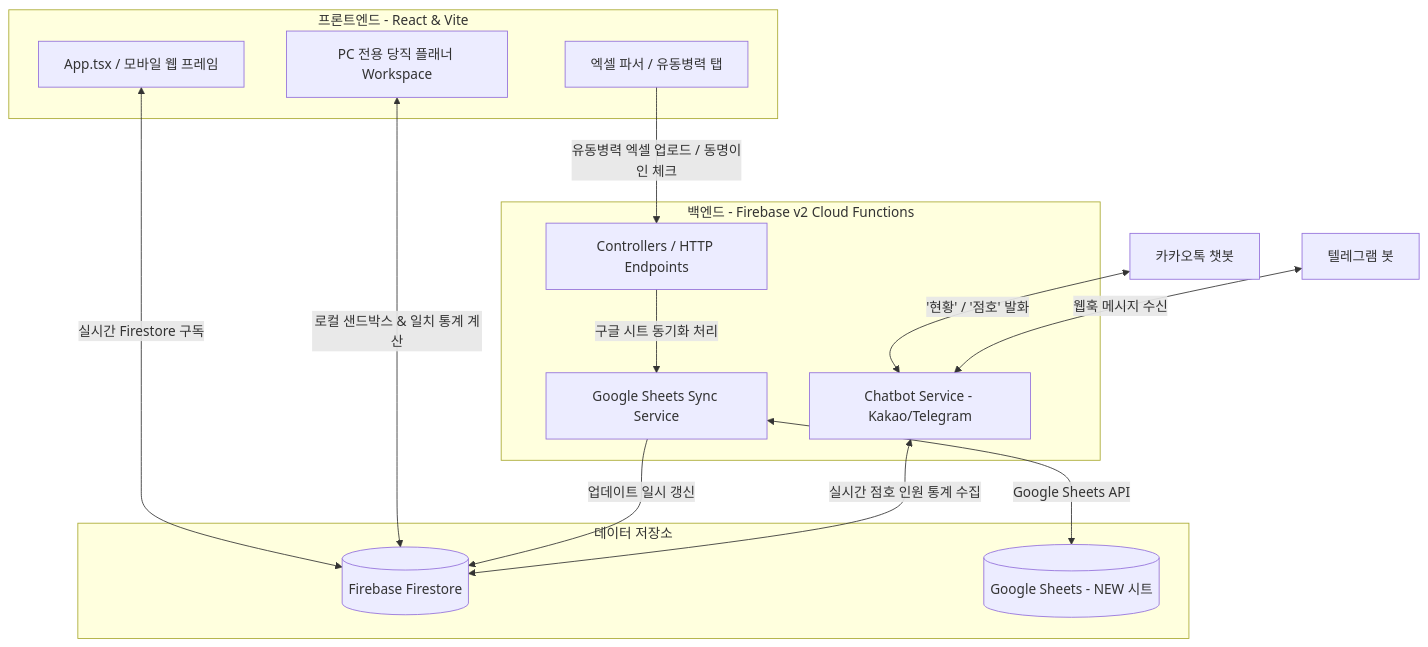
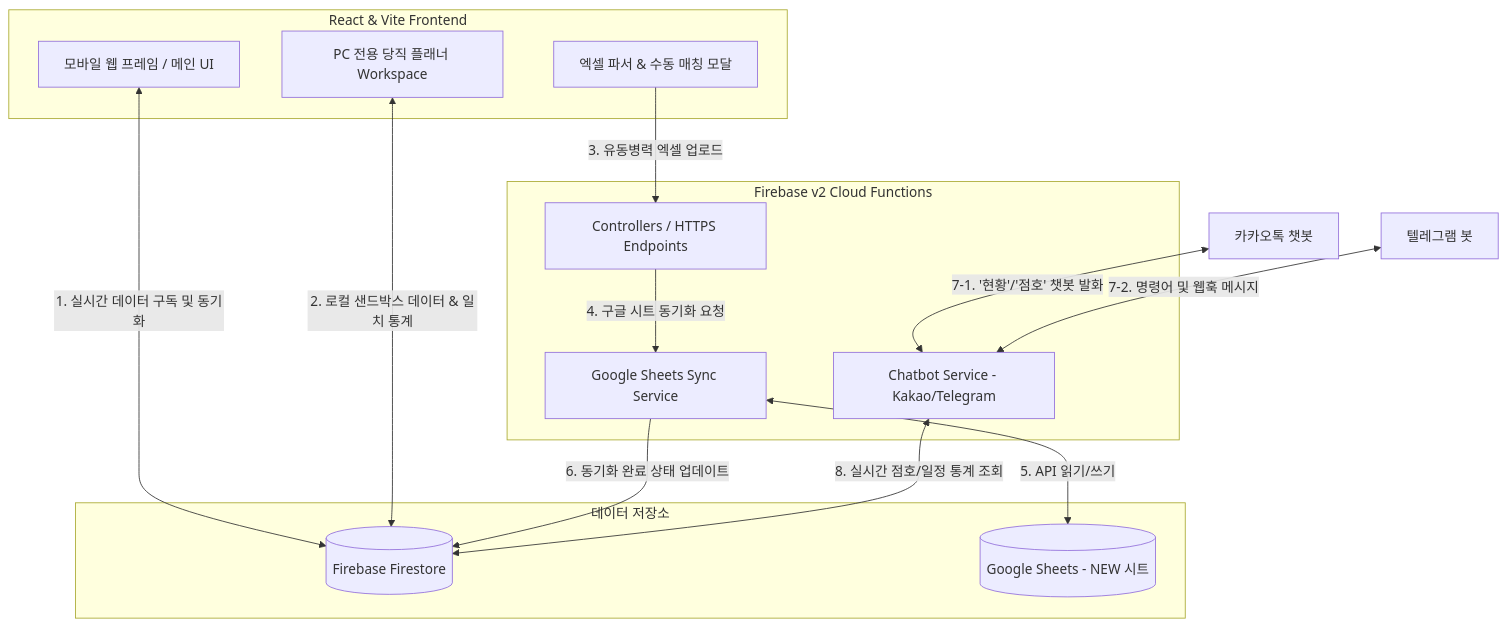
One commit to KangGunn/NCOA changed the diagram in README.md. Above: the diagram before and after it, drawn with Mermaid. The commit also changed other lines of this file, not shown here.

````diff
--- a/README.md
+++ b/README.md
@@ -13,36 +15,36 @@
 ```mermaid
-graph TD
+flowchart TD
     %% 프론트엔드 영역
-    subgraph Frontend [프론트엔드 - React & Vite]
-        FE_APP[App.tsx / 모바일 웹 프레임]
+    subgraph Frontend [React & Vite Frontend]
+        FE_APP[모바일 웹 프레임 / 메인 UI]
         FE_DUTY[PC 전용 당직 플래너 Workspace]
-        FE_EXCEL[엑셀 파서 / 유동병력 탭]
+        FE_EXCEL[엑셀 파서 & 수동 매칭 모달]
     end
 
     %% 백엔드 및 서비스 영역
-    subgraph Backend [백엔드 - Firebase v2 Cloud Functions]
-        BE_CTRL[Controllers / HTTP Endpoints]
+    subgraph Backend [Firebase v2 Cloud Functions]
+        BE_CTRL[Controllers / HTTPS Endpoints]
         BE_SYNC[Google Sheets Sync Service]
         BE_BOT[Chatbot Service - Kakao/Telegram]
     end
 
     %% 스토리지 영역
     subgraph Storage [데이터 저장소]
         FIRESTORE[(Firebase Firestore)]
         GSHEET[(Google Sheets - NEW 시트)]
     end
 
-    %% 관계 흐름 정의
-    FE_APP <-->|실시간 Firestore 구독| FIRESTORE
-    FE_DUTY <-->|로컬 샌드박스 & 일치 통계 계산| FIRESTORE
-    FE_EXCEL -->|유동병력 엑셀 업로드 / 동명이인 체크| BE_CTRL
+    %% 데이터 흐름 정의
+    FE_APP <-->|1. 실시간 데이터 구독 및 동기화| FIRESTORE
+    FE_DUTY <-->|2. 로컬 샌드박스 데이터 & 일치 통계| FIRESTORE
     
-    BE_CTRL -->|구글 시트 동기화 처리| BE_SYNC
-    BE_SYNC <-->|Google Sheets API| GSHEET
-    BE_SYNC -->|업데이트 일시 갱신| FIRESTORE
+    FE_EXCEL -->|3. 유동병력 엑셀 업로드| BE_CTRL
+    BE_CTRL -->|4. 구글 시트 동기화 요청| BE_SYNC
+    BE_SYNC <-->|5. API 읽기/쓰기| GSHEET
+    BE_SYNC -->|6. 동기화 완료 상태 업데이트| FIRESTORE
     
-    %% 챗봇 연동
-    KakaoTalk[카카오톡 챗봇] <-->|'현황' / '점호' 발화| BE_BOT
-    Telegram[텔레그램 봇] <-->|웹훅 메시지 수신| BE_BOT
-    BE_BOT <-->|실시간 점호 인원 통계 수집| FIRESTORE
+    %% 챗봇 연동 흐름
+    KakaoTalk[카카오톡 챗봇] <-->|7-1. '현황'/'점호' 챗봇 발화| BE_BOT
+    Telegram[텔레그램 봇] <-->|7-2. 명령어 및 웹훅 메시지| BE_BOT
+    BE_BOT <-->|8. 실시간 점호/일정 통계 조회| FIRESTORE
 ```
````
